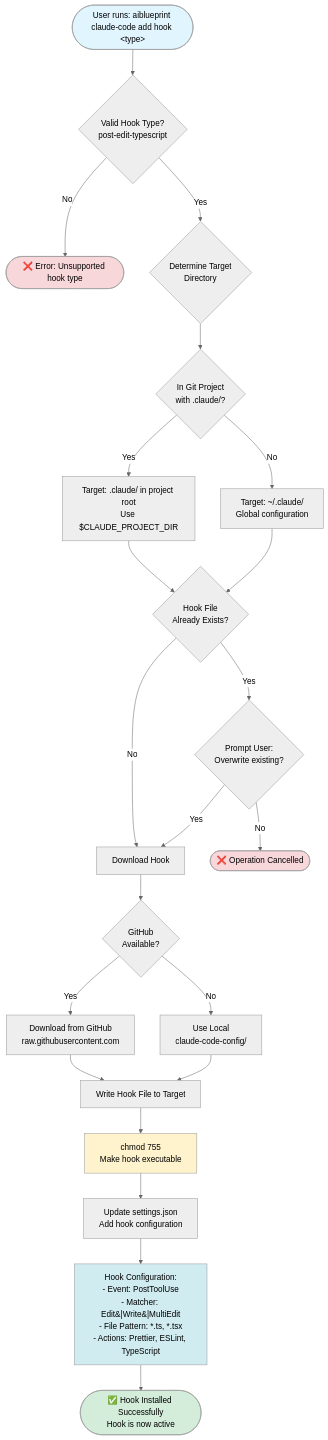
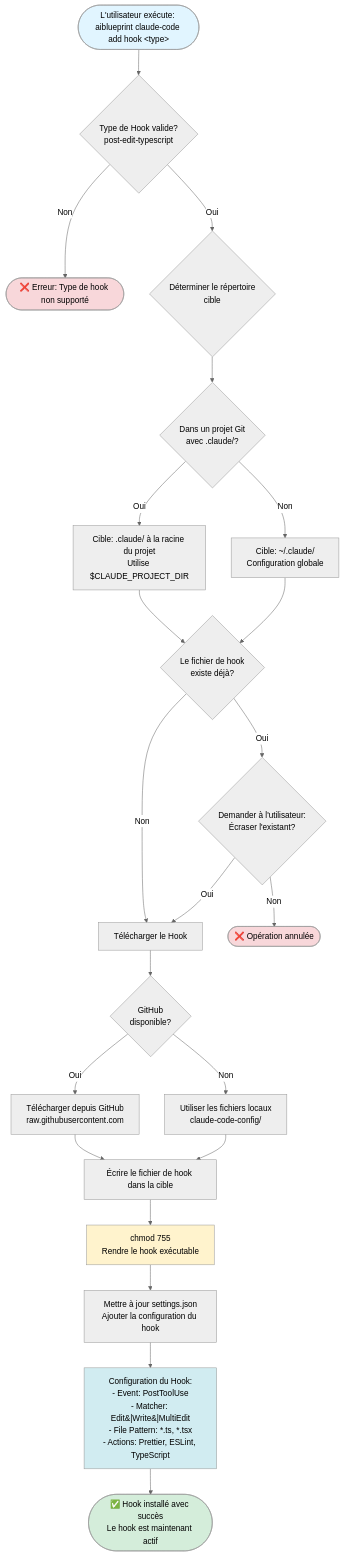
One commit to TCHINDAJOEL/aiblueprint_test changed the diagram in schema/02-add-hook-workflow.md. Above: the diagram before and after it, drawn with Mermaid (neutral theme). The commit also changed other lines of this file and 10 other files, not shown here.

First line of the commit message:
docs: traduire tous les diagrammes de workflow en français

````diff
--- a/schema/02-add-hook-workflow.md
+++ b/schema/02-add-hook-workflow.md
@@ -5,46 +5,46 @@
 ```mermaid
 flowchart TD
-    Start([User runs: aiblueprint claude-code add hook &lt;type&gt;]) --> ValidateType{Valid Hook Type?<br/>post-edit-typescript}
+    Start([L'utilisateur exécute: aiblueprint claude-code add hook &lt;type&gt;]) --> ValidateType{Type de Hook valide?<br/>post-edit-typescript}
 
-    ValidateType -->|No| Error1([❌ Error: Unsupported hook type])
-    ValidateType -->|Yes| DetermineTarget{Determine Target<br/>Directory}
+    ValidateType -->|Non| Error1([❌ Erreur: Type de hook non supporté])
+    ValidateType -->|Oui| DetermineTarget{Déterminer le répertoire<br/>cible}
 
-    DetermineTarget --> InProject{In Git Project<br/>with .claude/?}
+    DetermineTarget --> InProject{Dans un projet Git<br/>avec .claude/?}
 
-    InProject -->|Yes| UseProject[Target: .claude/ in project root<br/>Use $CLAUDE_PROJECT_DIR]
-    InProject -->|No| UseGlobal[Target: ~/.claude/<br/>Global configuration]
+    InProject -->|Oui| UseProject[Cible: .claude/ à la racine du projet<br/>Utilise $CLAUDE_PROJECT_DIR]
+    InProject -->|Non| UseGlobal[Cible: ~/.claude/<br/>Configuration globale]
 
     UseProject --> CheckExist
     UseGlobal --> CheckExist
 
-    CheckExist{Hook File<br/>Already Exists?}
+    CheckExist{Le fichier de hook<br/>existe déjà?}
 
-    CheckExist -->|Yes| PromptOverwrite{Prompt User:<br/>Overwrite existing?}
-    CheckExist -->|No| DownloadHook
+    CheckExist -->|Oui| PromptOverwrite{Demander à l'utilisateur:<br/>Écraser l'existant?}
+    CheckExist -->|Non| DownloadHook
 
-    PromptOverwrite -->|No| Cancel([❌ Operation Cancelled])
-    PromptOverwrite -->|Yes| DownloadHook
+    PromptOverwrite -->|Non| Cancel([❌ Opération annulée])
+    PromptOverwrite -->|Oui| DownloadHook
 
-    DownloadHook[Download Hook] --> GHCheck{GitHub<br/>Available?}
+    DownloadHook[Télécharger le Hook] --> GHCheck{GitHub<br/>disponible?}
 
-    GHCheck -->|Yes| DownloadGH[Download from GitHub<br/>raw.githubusercontent.com]
-    GHCheck -->|No| UseLocal[Use Local<br/>claude-code-config/]
+    GHCheck -->|Oui| DownloadGH[Télécharger depuis GitHub<br/>raw.githubusercontent.com]
+    GHCheck -->|Non| UseLocal[Utiliser les fichiers locaux<br/>claude-code-config/]
 
-    DownloadGH --> WriteFile[Write Hook File to Target]
+    DownloadGH --> WriteFile[Écrire le fichier de hook dans la cible]
     UseLocal --> WriteFile
 
-    WriteFile --> MakeExecutable[chmod 755<br/>Make hook executable]
+    WriteFile --> MakeExecutable[chmod 755<br/>Rendre le hook exécutable]
 
-    MakeExecutable --> UpdateSettings[Update settings.json<br/>Add hook configuration]
+    MakeExecutable --> UpdateSettings[Mettre à jour settings.json<br/>Ajouter la configuration du hook]
 
-    UpdateSettings --> HookConfig[Hook Configuration:<br/>- Event: PostToolUse<br/>- Matcher: Edit&#124;Write&#124;MultiEdit<br/>- File Pattern: *.ts, *.tsx<br/>- Actions: Prettier, ESLint, TypeScript]
+    UpdateSettings --> HookConfig[Configuration du Hook:<br/>- Event: PostToolUse<br/>- Matcher: Edit&#124;Write&#124;MultiEdit<br/>- File Pattern: *.ts, *.tsx<br/>- Actions: Prettier, ESLint, TypeScript]
 
-    HookConfig --> Success([✅ Hook Installed Successfully<br/>Hook is now active])
+    HookConfig --> Success([✅ Hook installé avec succès<br/>Le hook est maintenant actif])
 
     style Start fill:#e1f5ff
     style Success fill:#d4edda
     style Error1 fill:#f8d7da
     style Cancel fill:#f8d7da
     style HookConfig fill:#d1ecf1
     style MakeExecutable fill:#fff3cd
 ```
````
